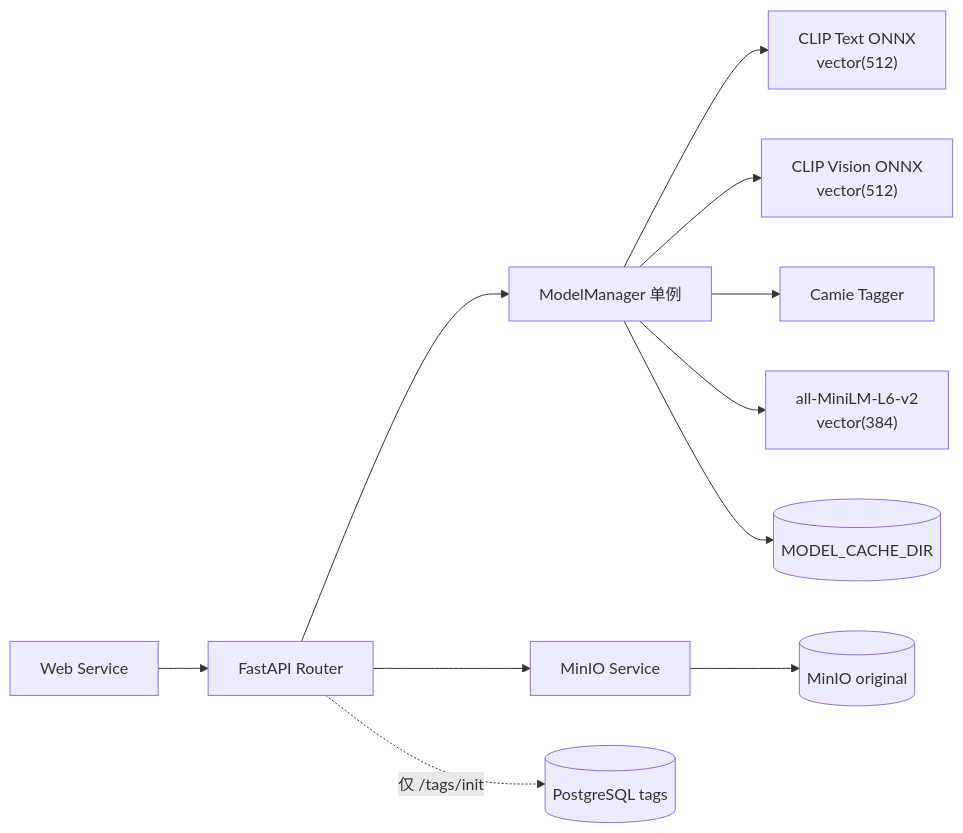
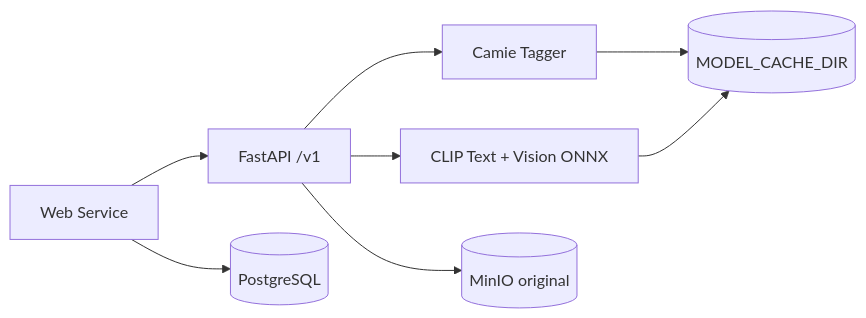
One commit to tamakara/bakabooru changed the diagram in docs/ai-service.md. Above: the diagram before and after it, drawn with Mermaid. The commit also changed other lines of this file and 73 other files, not shown here.

````diff
--- a/docs/ai-service.md
+++ b/docs/ai-service.md
@@ -7,13 +7,10 @@
 ```mermaid
 flowchart LR
-    Web["Web Service"] --> API["FastAPI Router"]
-    API --> MM["ModelManager 单例"]
-    API --> MinioService["MinIO Service"]
-    MM --> ClipText["CLIP Text ONNX<br/>vector(512)"]
-    MM --> ClipVision["CLIP Vision ONNX<br/>vector(512)"]
-    MM --> Tagger["Camie Tagger"]
-    MM --> FastEmbed["all-MiniLM-L6-v2<br/>vector(384)"]
-    MinioService --> MinIO[("MinIO original")]
-    API -.->|"仅 /tags/init"| PG[("PostgreSQL tags")]
-    MM --> Cache[("MODEL_CACHE_DIR")]
+    Web["Web Service"] --> API["FastAPI /v1"]
+    API --> Tagger["Camie Tagger"]
+    API --> Clip["CLIP Text + Vision ONNX"]
+    API --> MinIO[("MinIO original")]
+    Tagger --> Cache[("MODEL_CACHE_DIR")]
+    Clip --> Cache
+    Web --> PG[("PostgreSQL")]
 ```
````
